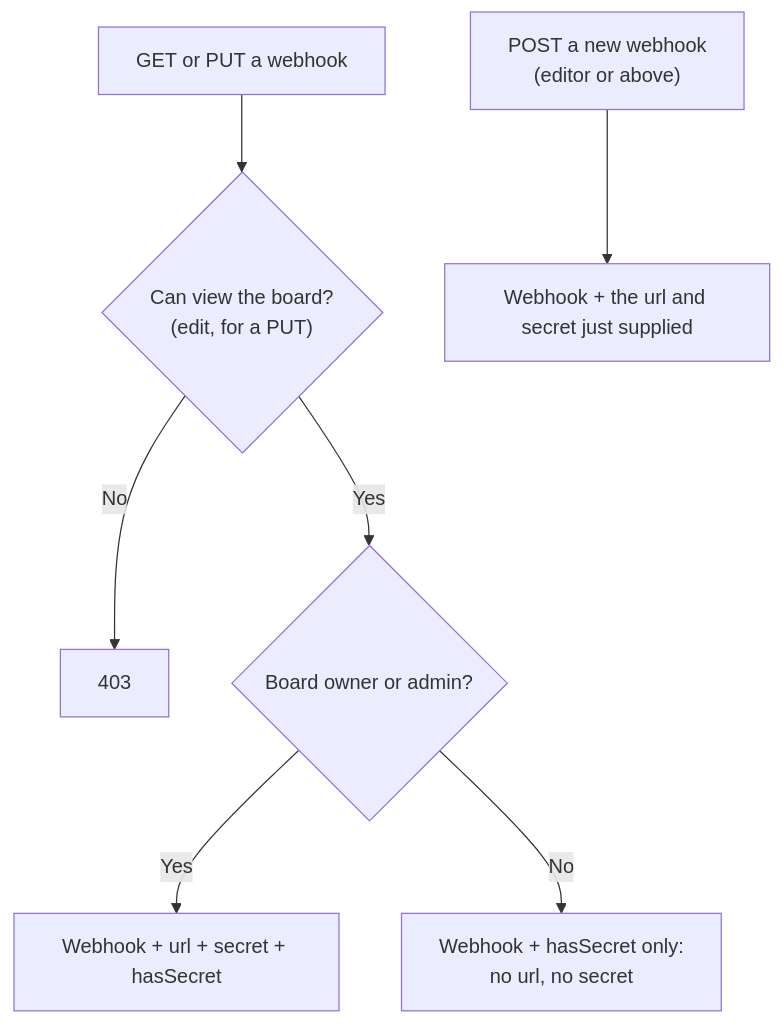
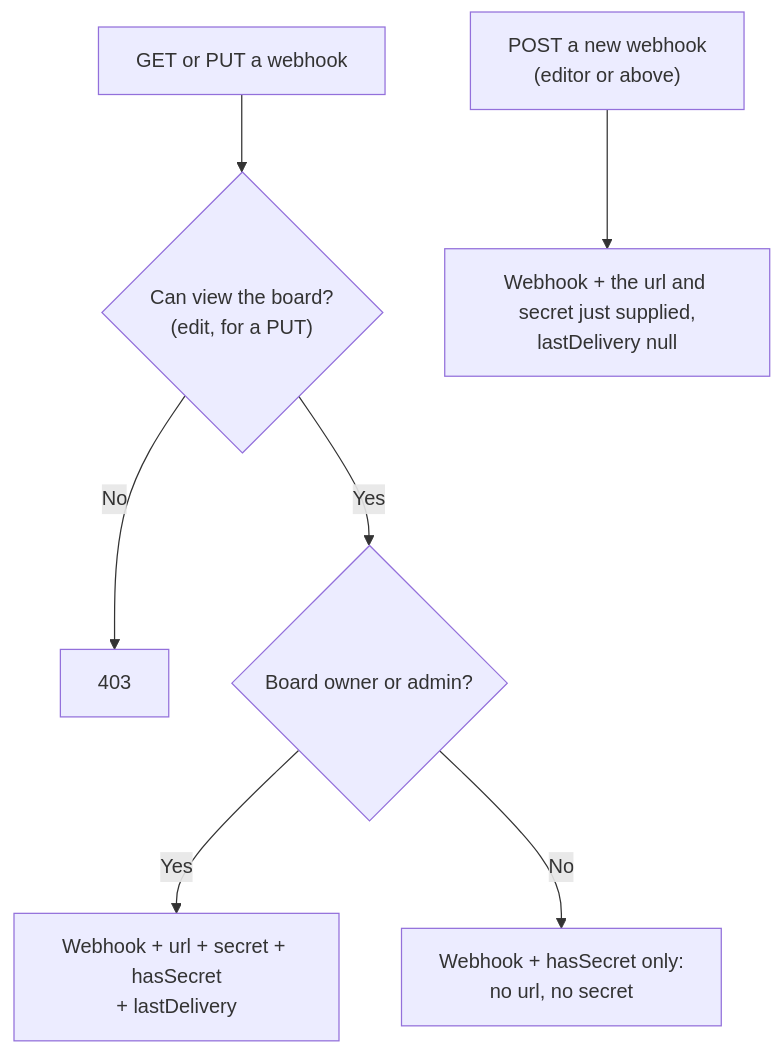
Before and after one commit to gitBoon/DumpFire: diagram 15 of 19 in docs/notifications-email.md, drawn with Mermaid. The commit also changed other lines of this file and 13 other files, not shown here.

First line of the commit message:
feat: a webhook's answer says how its last delivery went (2178)

````diff
--- a/docs/notifications-email.md
+++ b/docs/notifications-email.md
@@ -1007,9 +1007,9 @@
 ```mermaid
 flowchart TD
     Read["GET or PUT a webhook"] --> View{"Can view the board?<br/>(edit, for a PUT)"}
     View -->|"No"| R403["403"]
     View -->|"Yes"| Role{"Board owner or admin?"}
-    Role -->|"Yes"| WithSecret["Webhook + url + secret + hasSecret"]
+    Role -->|"Yes"| WithSecret["Webhook + url + secret + hasSecret<br/>+ lastDelivery"]
     Role -->|"No"| NoSecret["Webhook + hasSecret only:<br/>no url, no secret"]
-    Create["POST a new webhook\n(editor or above)"] --> Once["Webhook + the url and secret just supplied"]
+    Create["POST a new webhook\n(editor or above)"] --> Once["Webhook + the url and secret just supplied,<br/>lastDelivery null"]
 ```
````
